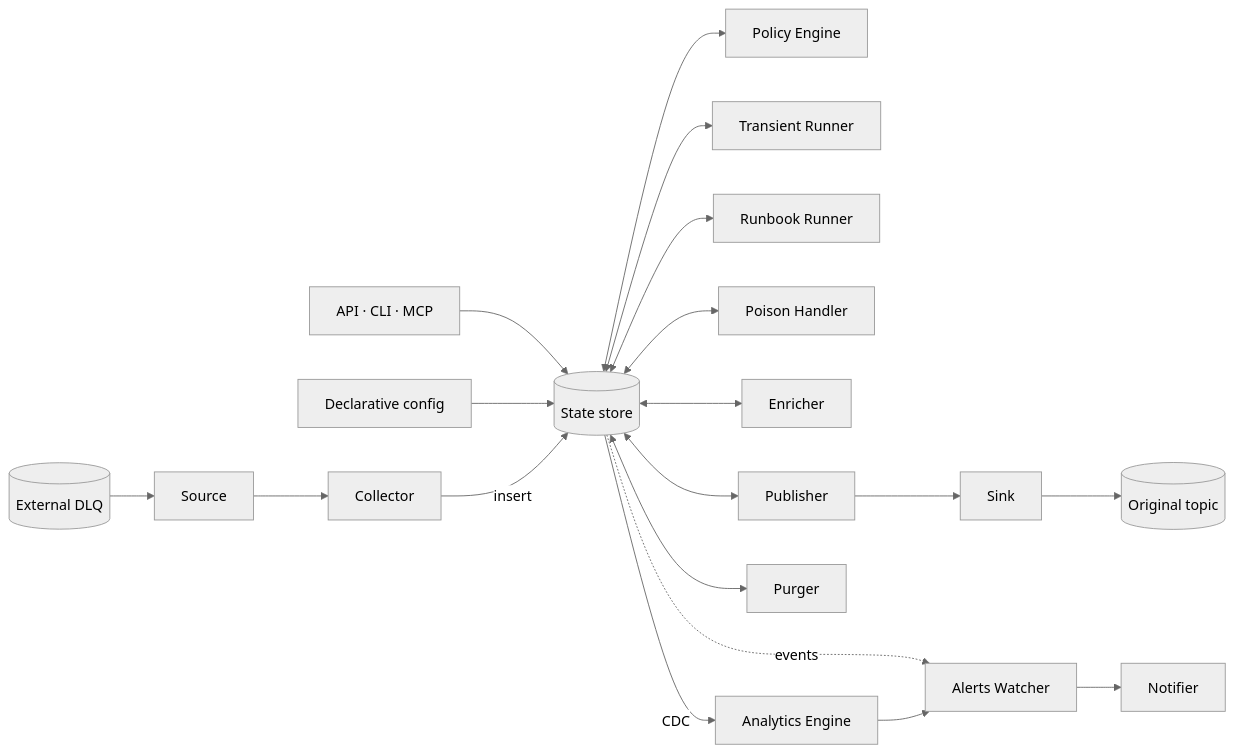
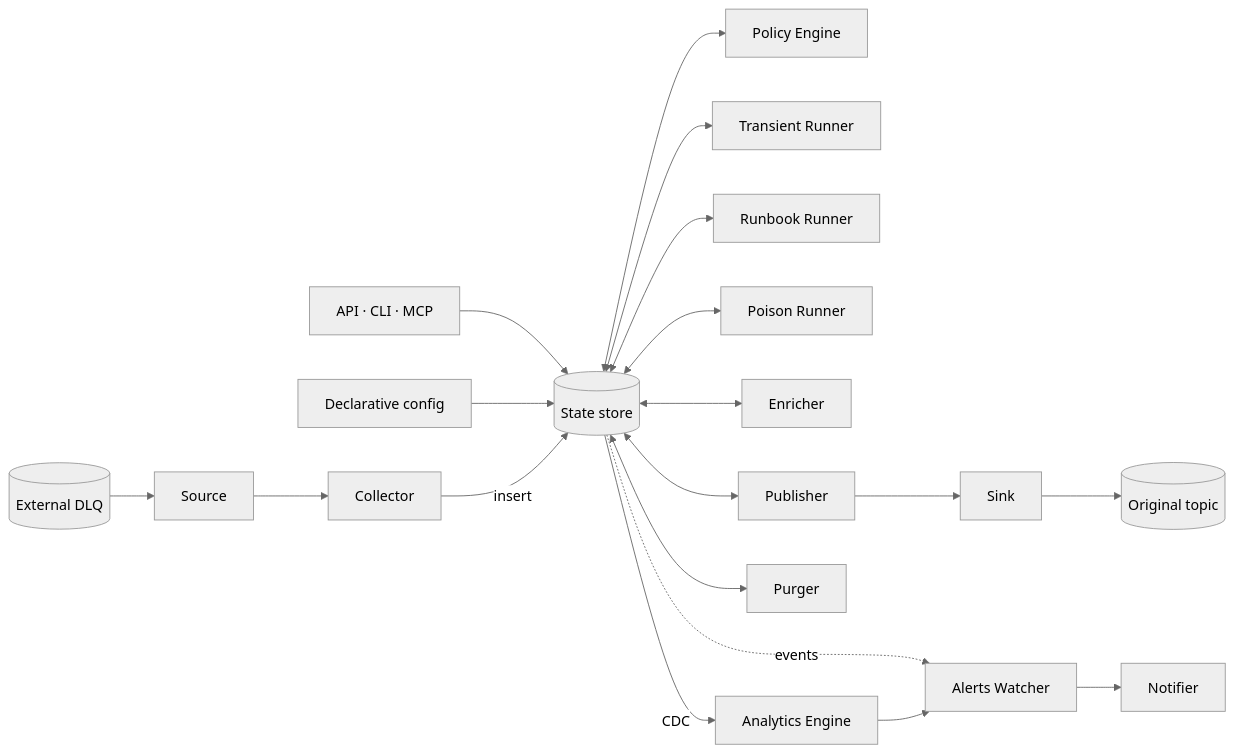
The first of 2 diagrams in docs/architecture.md (opendlq/OpenDLQ), drawn with Mermaid (neutral theme) before and after one commit. The commit also changed other lines of this file and 1 other file, not shown here.

First line of the commit message:
docs: rename Poison Handler to Poison Runner

````diff
--- a/docs/architecture.md
+++ b/docs/architecture.md
@@ -5,21 +5,21 @@
 ```mermaid
 flowchart LR
     DLQ[(External DLQ)] --> Source
     Source --> Collector
     CLI[API · CLI · MCP] --> Store
     CFG[Declarative config] --> Store
     Collector -->|insert| Store[(State store)]
     Store <--> Policy[Policy Engine]
     Store <--> Transient[Transient Runner]
     Store <--> Runbook[Runbook Runner]
-    Store <--> Poison[Poison Handler]
+    Store <--> Poison[Poison Runner]
     Store <--> Enricher
     Store <--> Publisher
     Store <--> Purger
     Publisher --> Sink
     Sink --> Topic[(Original topic)]
     Store -->|CDC| Analytics[Analytics Engine]
     Store -. events .-> Alerts[Alerts Watcher]
     Analytics --> Alerts
     Alerts --> Notifier
 ```
````
